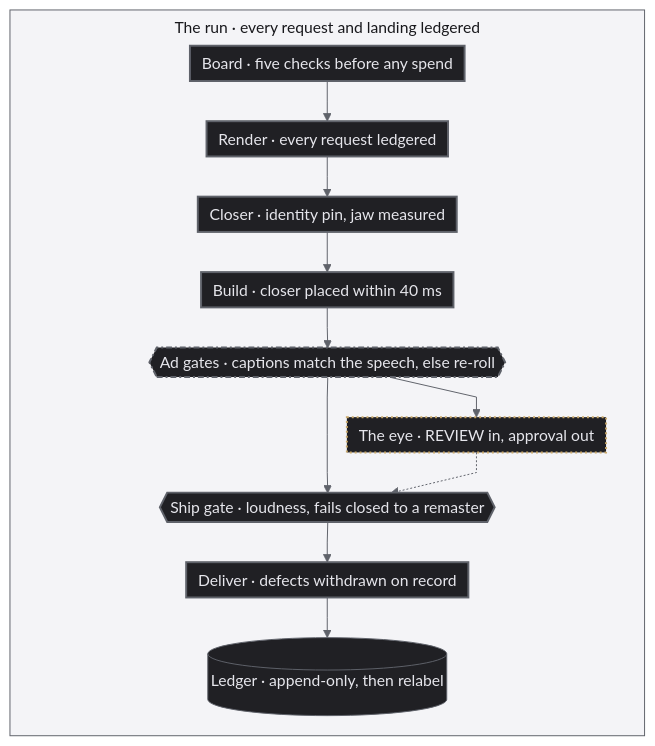
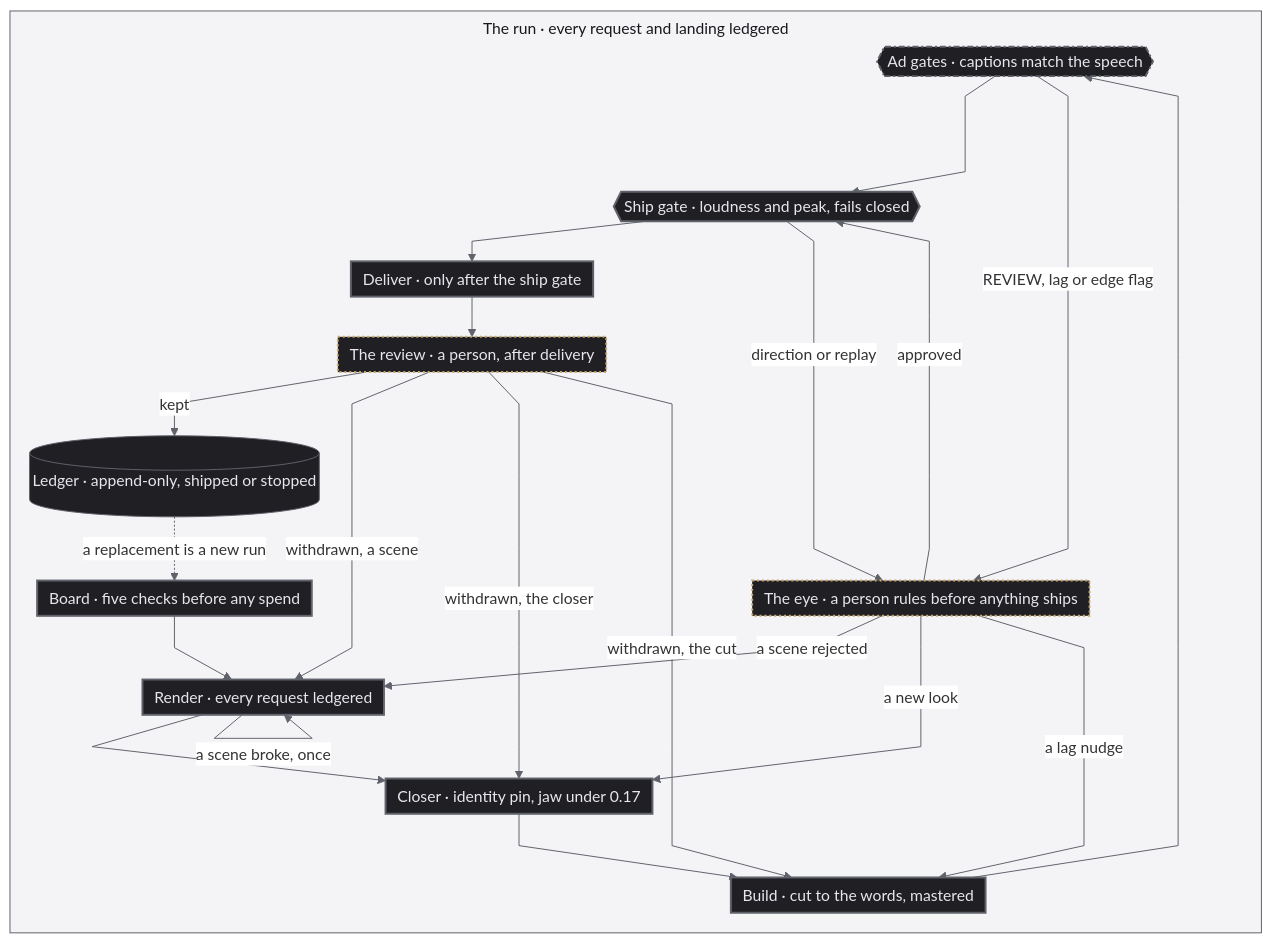
The diagram in README.md (jameswniu/autonomous-ads-pipeline-multimodal-evals), drawn with Mermaid before and after one commit. The commit also changed other lines of this file and 44 other files, not shown here.

````diff
--- a/README.md
+++ b/README.md
@@ -169,30 +169,40 @@
 ```mermaid
 %%{init: {'flowchart': {'curve': 'linear', 'nodeSpacing': 20, 'rankSpacing': 16, 'padding': 6, 'diagramPadding': 2, 'wrappingWidth': 520, 'subGraphTitleMargin': {'top': 6, 'bottom': 10}}, 'themeVariables': {'fontSize': '16px', 'lineColor': '#5f626a', 'edgeLabelBackground': '#ffffff', 'clusterBkg': '#f4f4f7', 'clusterBorder': '#5f626a', 'titleColor': '#18181c'}}}%%
 flowchart TD
     subgraph RUN["The run · every request and landing ledgered"]
         direction TB
-        AG{{"Ad gates · captions match the speech, else re-roll"}}
+        ad_gates{{"Ad gates · captions match the speech"}}
         %% GH is an invisible twin of the eye, it balances the spine so the steps stay in one column
-        AG ~~~ GH["The eye · REVIEW in, approval out"]
-        GH ~~~ SG
-        B["Board · five checks before any spend"] --> R["Render · every request ledgered"] --> C["Closer · identity pin, jaw measured"] --> BU["Build · closer placed within 40 ms"] --> AG --> SG{{"Ship gate · loudness, fails closed to a remaster"}} --> D["Deliver · defects withdrawn on record"]
-        D --> L[("Ledger · append-only, then relabel")]
-        AG --> EYE["The eye · REVIEW in, approval out"]
-        EYE -.-> SG
+        ad_gates ~~~ GH["The eye · a person rules before anything ships"]
+        GH ~~~ ship_gate
+        board["Board · five checks before any spend"] --> render["Render · every request ledgered"] --> closer["Closer · identity pin, jaw under 0.17"] --> build["Build · cut to the words, mastered"] --> ad_gates --> ship_gate{{"Ship gate · loudness and peak, fails closed"}} --> deliver["Deliver · only after the ship gate"]
+        deliver --> review["The review · a person, after delivery"]
+        review -->|"kept"| ledger[("Ledger · append-only, shipped or stopped")]
+        render -->|"a scene broke, once"| render
+        ad_gates -->|"REVIEW, lag or edge flag"| eye["The eye · a person rules before anything ships"]
+        eye -->|"approved"| ship_gate
+        eye -->|"a scene rejected"| render
+        eye -->|"a new look"| closer
+        eye -->|"a lag nudge"| build
+        ship_gate -->|"direction or replay"| eye
+        review -->|"withdrawn, a scene"| render
+        review -->|"withdrawn, the closer"| closer
+        review -->|"withdrawn, the cut"| build
+        ledger -.->|"a replacement is a new run"| board
     end
 
     classDef run fill:#202024,stroke:#5f626a,color:#e6e6ec
     classDef process fill:#202024,stroke:#5f626a,stroke-width:2px,color:#e6e6ec
     classDef outcome fill:#202024,stroke:#5f626a,stroke-width:2px,stroke-dasharray:6 3,color:#e6e6ec
     classDef quality fill:#202024,stroke:#c9a86a,stroke-width:2px,stroke-dasharray:2 3,color:#e6e6ec
     classDef shared fill:#202024,stroke:#5f626a,stroke-width:2px,stroke-dasharray:6 3 2 3,color:#e6e6ec
     classDef ghost fill:none,stroke:none,color:transparent
-    class L run
-    class B,R,C,BU,SG,D process
-    class AG outcome
-    class AG quality
-    class AG shared
-    class EYE quality
+    class ledger run
+    class board,render,closer,build,ship_gate,deliver process
+    class ad_gates outcome
+    class ad_gates quality
+    class ad_gates shared
+    class eye,review quality
     class GH ghost
     style RUN fill:#f4f4f7,stroke:#5f626a,color:#18181c
 ```
````
